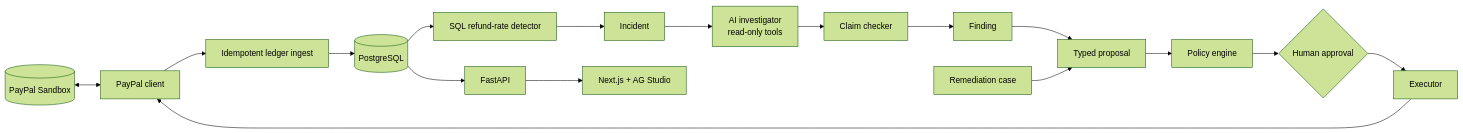
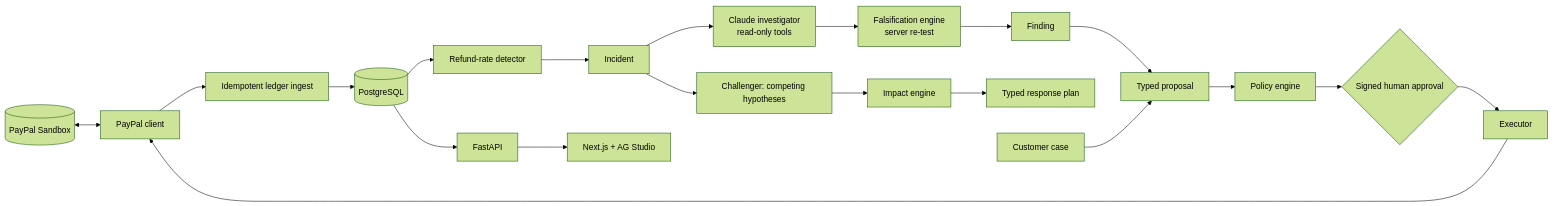
One commit to shro-2002/payops-sentinel changed the diagram in README.md. Above: the diagram before and after it, drawn with Mermaid (forest theme). The commit also changed other lines of this file and 48 other files, not shown here.

First line of the commit message:
feat: competing-hypothesis investigator, incident impact and response plan (#10)

````diff
--- a/README.md
+++ b/README.md
@@ -47,9 +119,10 @@
 ```mermaid
 flowchart LR
   PP[(PayPal Sandbox)] <--> CL[PayPal client]
   CL --> ING[Idempotent ledger ingest] --> DB[(PostgreSQL)]
-  DB --> DET[SQL refund-rate detector] --> INC[Incident]
-  INC --> AI[AI investigator\nread-only tools] --> EV[Claim checker] --> F[Finding]
-  F & RC[Remediation case] --> PR[Typed proposal] --> POL[Policy engine] --> H{Human approval} --> EX[Executor] --> CL
+  DB --> DET[Refund-rate detector] --> INC[Incident]
+  INC --> AI[Claude investigator\nread-only tools] --> FAL[Falsification engine\nserver re-test] --> F[Finding]
+  INC --> CH[Challenger: competing hypotheses] --> IMP[Impact engine] --> PLAN[Typed response plan]
+  F & RC[Customer case] --> PR[Typed proposal] --> POL[Policy engine] --> H{Signed human approval} --> EX[Executor] --> CL
   DB --> API[FastAPI] --> UI[Next.js + AG Studio]
 ```
````
